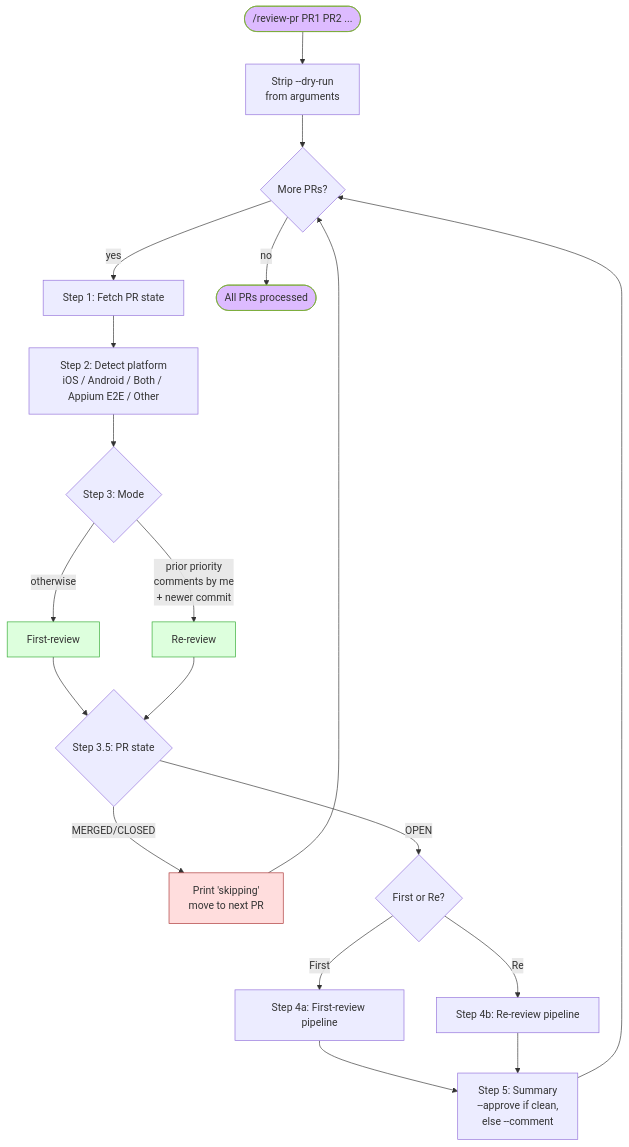
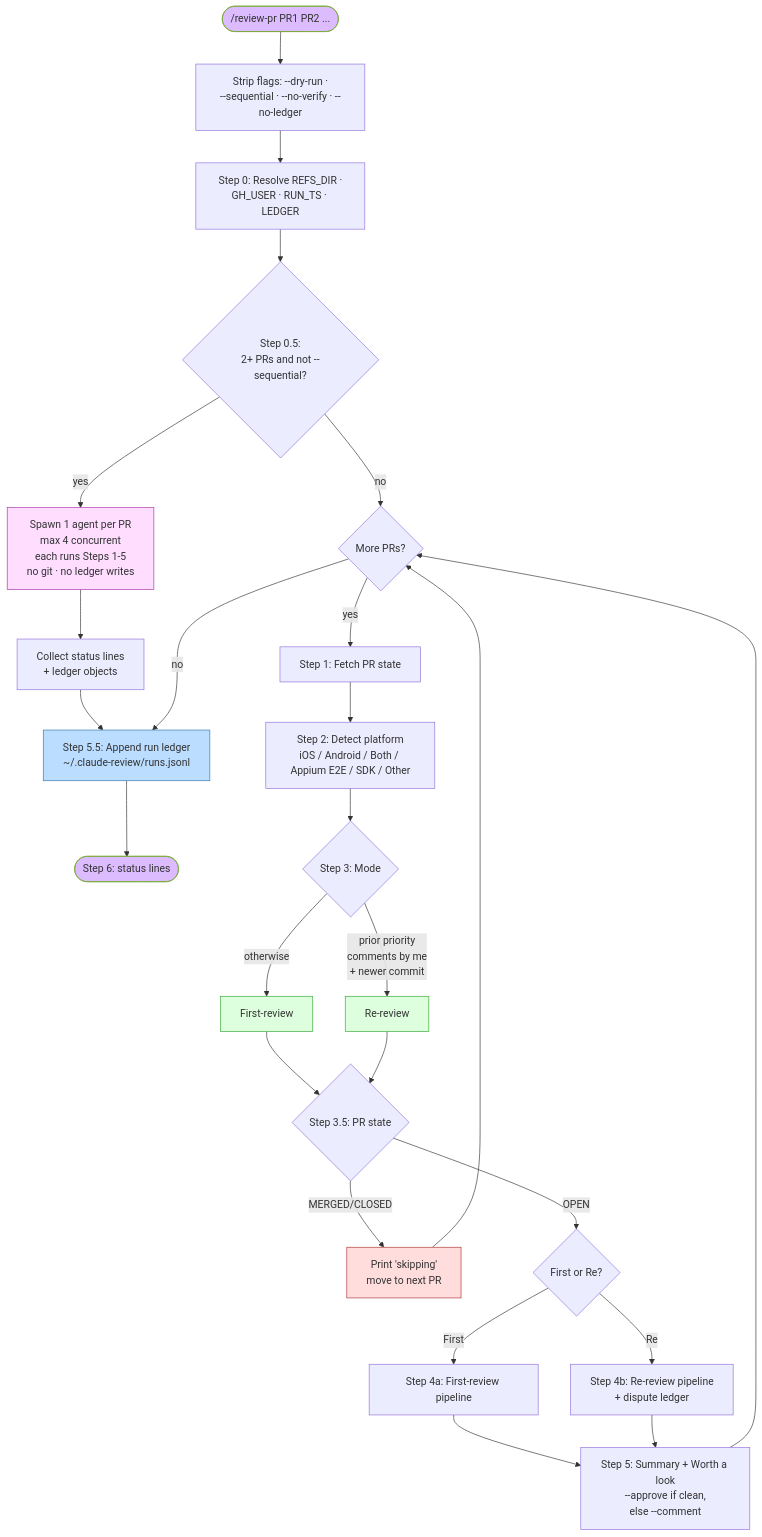
The second of 17 diagrams in HOW-IT-WORKS.md (pkesavangg/pr-review-skills), drawn with Mermaid before and after one commit. The commit also changed other lines of this file and 10 other files, not shown here.

````diff
--- a/HOW-IT-WORKS.md
+++ b/HOW-IT-WORKS.md
@@ -57,32 +61,42 @@
 ```mermaid
 flowchart TD
-    Start([/review-pr PR1 PR2 ...]) --> ParseFlags[Strip --dry-run<br/>from arguments]
-    ParseFlags --> NextPR{More PRs?}
+    Start([/review-pr PR1 PR2 ...]) --> ParseFlags[Strip flags: --dry-run ·<br/>--sequential · --no-verify · --no-ledger]
+    ParseFlags --> S0[Step 0: Resolve REFS_DIR ·<br/>GH_USER · RUN_TS · LEDGER]
+    S0 --> FanOut{Step 0.5:<br/>2+ PRs and not --sequential?}
+
+    FanOut -- yes --> Agents[Spawn 1 agent per PR<br/>max 4 concurrent<br/>each runs Steps 1-5<br/>no git · no ledger writes]
+    Agents --> Collect[Collect status lines<br/>+ ledger objects]
+    Collect --> S55
+
+    FanOut -- no --> NextPR{More PRs?}
     NextPR -- yes --> S1[Step 1: Fetch PR state]
-    NextPR -- no --> Done([All PRs processed])
+    NextPR -- no --> S55[Step 5.5: Append run ledger<br/>~/.claude-review/runs.jsonl]
+    S55 --> Done([Step 6: status lines])
 
-    S1 --> S2[Step 2: Detect platform<br/>iOS / Android / Both / Appium E2E / Other]
+    S1 --> S2[Step 2: Detect platform<br/>iOS / Android / Both / Appium E2E / SDK / Other]
     S2 --> S3{Step 3: Mode}
     S3 -- prior priority<br/>comments by me<br/>+ newer commit --> ModeRR[Re-review]
     S3 -- otherwise --> ModeFR[First-review]
 
     ModeFR --> S35{Step 3.5: PR state}
     ModeRR --> S35
     S35 -- MERGED/CLOSED --> Skip[Print 'skipping'<br/>move to next PR]
     S35 -- OPEN --> Branch{First or Re?}
 
     Branch -- First --> S4a[Step 4a: First-review pipeline]
-    Branch -- Re --> S4b[Step 4b: Re-review pipeline]
+    Branch -- Re --> S4b[Step 4b: Re-review pipeline<br/>+ dispute ledger]
 
-    S4a --> S5[Step 5: Summary<br/>--approve if clean,<br/>else --comment]
+    S4a --> S5[Step 5: Summary + Worth a look<br/>--approve if clean,<br/>else --comment]
     S4b --> S5
     S5 --> NextPR
 
     Skip --> NextPR
 
     style Start fill:#dbf,stroke:#7a3
     style Done fill:#dbf,stroke:#7a3
     style Skip fill:#fdd,stroke:#a33
     style ModeFR fill:#dfd,stroke:#3a3
     style ModeRR fill:#dfd,stroke:#3a3
+    style Agents fill:#fdf,stroke:#a3a
+    style S55 fill:#bdf,stroke:#37a
 ```
````
